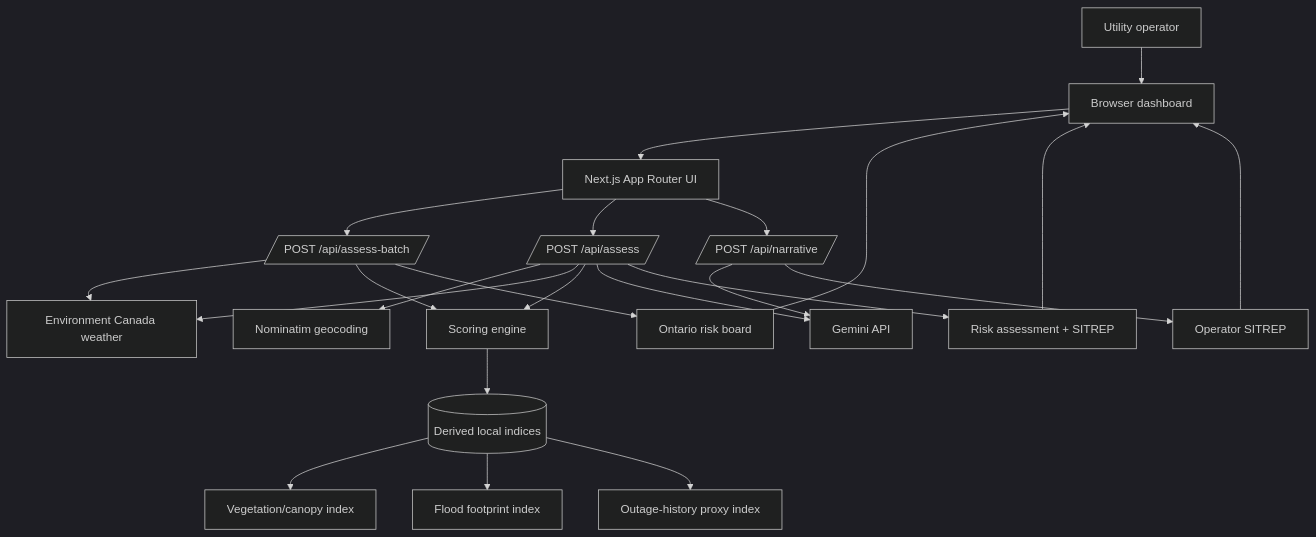
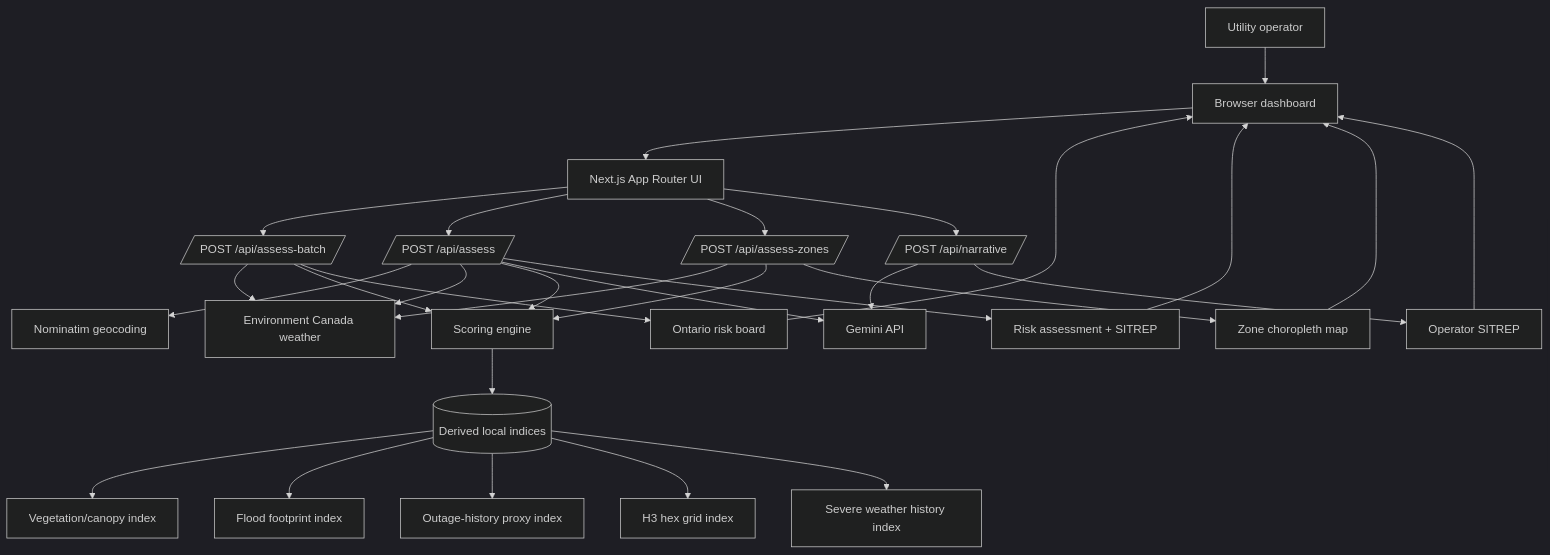
One commit to bmar1/voltex changed the first of 9 diagrams in docs/01-system-design.md. Above: the diagram before and after it, drawn with Mermaid (dark theme). The commit also changed other lines of this file and 13 other files, not shown here.

````diff
--- a/docs/01-system-design.md
+++ b/docs/01-system-design.md
@@ -19,31 +19,38 @@
 ```mermaid
 flowchart TB
   operator[Utility operator] --> browser[Browser dashboard]
 
   browser --> page[Next.js App Router UI]
   page --> batch[/POST /api/assess-batch/]
   page --> assess[/POST /api/assess/]
+  page --> zones[/POST /api/assess-zones/]
   page --> narrative[/POST /api/narrative/]
 
   batch --> weather[Environment Canada weather]
   assess --> geocode[Nominatim geocoding]
   assess --> weather
+  zones --> weather
   narrative --> gemini[Gemini API]
 
   batch --> scoring[Scoring engine]
   assess --> scoring
+  zones --> scoring
   scoring --> derived[(Derived local indices)]
 
   derived --> canopy[Vegetation/canopy index]
   derived --> floods[Flood footprint index]
   derived --> outages[Outage-history proxy index]
+  derived --> hexgrid[H3 hex grid index]
+  derived --> wxhist[Severe weather history index]
 
   assess --> gemini
   assess --> response[Risk assessment + SITREP]
   batch --> board[Ontario risk board]
+  zones --> zonemap[Zone choropleth map]
   narrative --> sitrep[Operator SITREP]
 
   response --> browser
   board --> browser
+  zonemap --> browser
   sitrep --> browser
 ```
````
